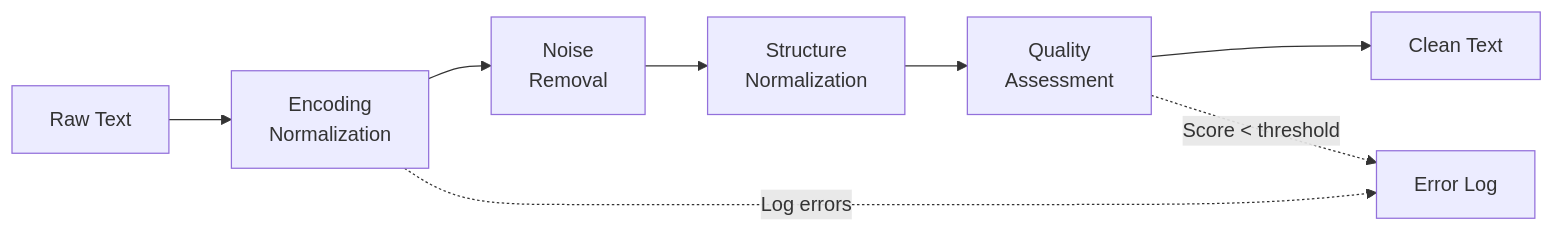
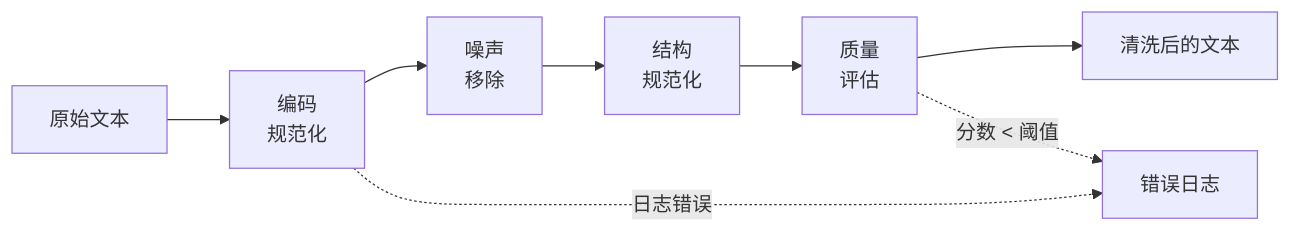
One commit to YiWang24/AiDIY changed the second of 4 diagrams in i18n/zh-Hans/docusaurus-plugin-content-docs/current/ai/rag/02-data-processing.mdx. Above: the diagram before and after it, drawn with Mermaid. The commit also changed other lines of this file and 59 other files, not shown here.

````diff
--- a/i18n/zh-Hans/docusaurus-plugin-content-docs/current/ai/rag/02-data-processing.mdx
+++ b/i18n/zh-Hans/docusaurus-plugin-content-docs/current/ai/rag/02-data-processing.mdx
@@ -137,11 +137,11 @@
 ```mermaid
 flowchart LR
-    A["Raw Text"] --> B["Encoding<br/>Normalization"]
-    B --> C["Noise<br/>Removal"]
-    C --> D["Structure<br/>Normalization"]
-    D --> E["Quality<br/>Assessment"]
-    E --> F["Clean Text"]
+    A["原始文本"] --> B["编码<br/>规范化"]
+    B --> C["噪声<br/>移除"]
+    C --> D["结构<br/>规范化"]
+    D --> E["质量<br/>评估"]
+    E --> F["清洗后的文本"]
 
-    B -.->|Log errors| G["Error Log"]
-    E -.->|Score < threshold| G
+    B -.->|日志错误| G["错误日志"]
+    E -.->|分数 < 阈值| G
 ```
````
